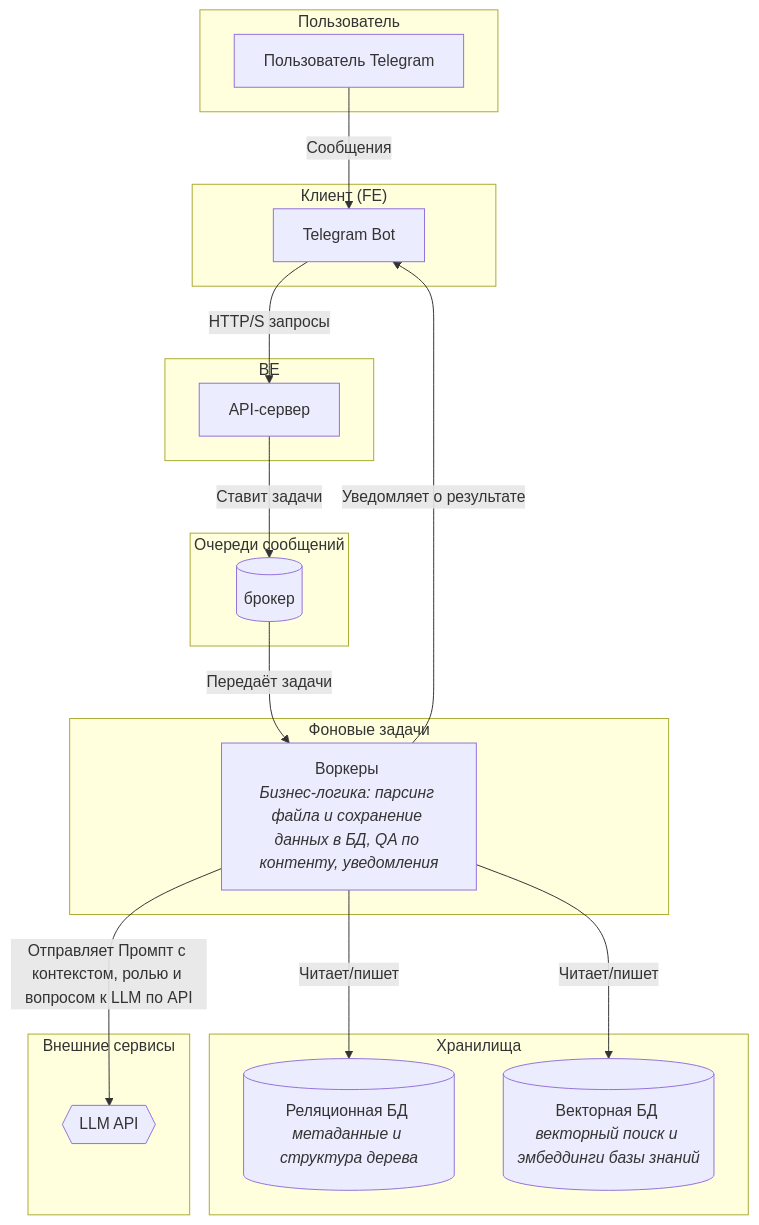
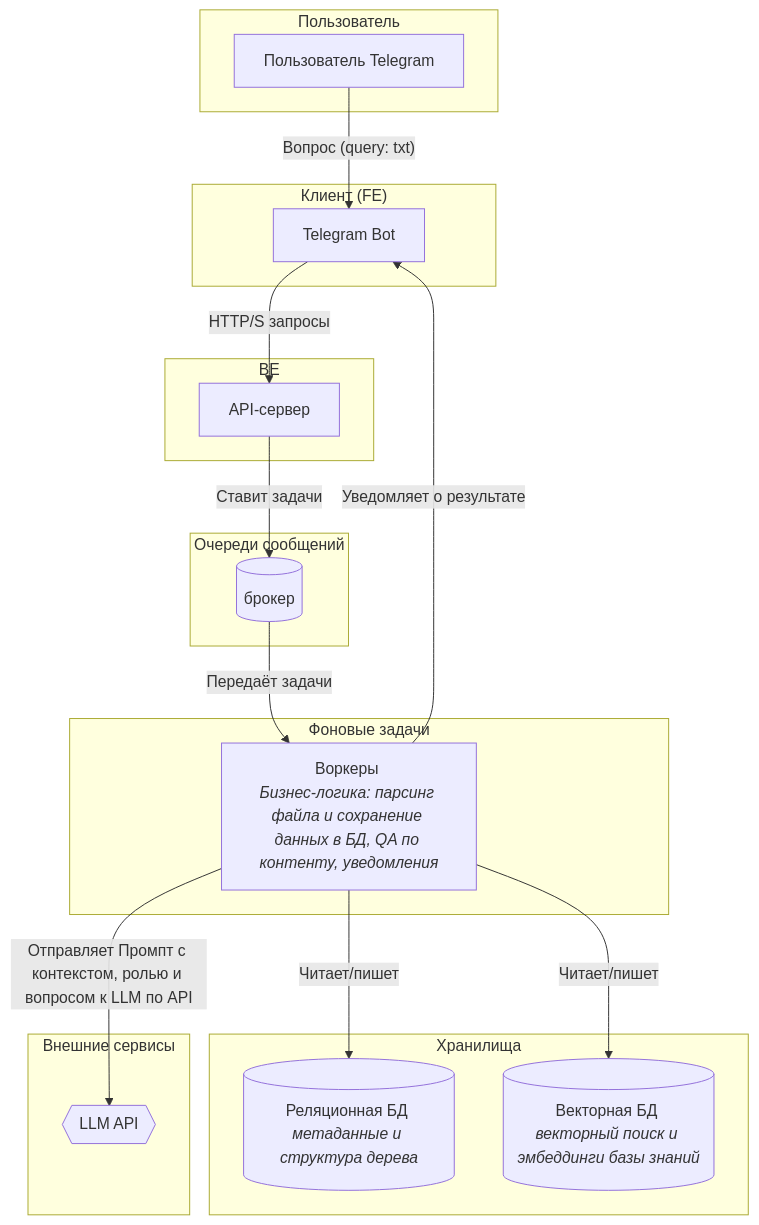
The diagram in Анастасия_Друзьянова/architect.MD (patolog123/Analyst-3.0), drawn with Mermaid before and after one commit.

````diff
--- a/Анастасия_Друзьянова/architect.MD
+++ b/Анастасия_Друзьянова/architect.MD
@@ -1,41 +1,41 @@
 ```mermaid
 graph TD
     subgraph "Пользователь"
         A[Пользователь Telegram]
     end
 
     subgraph "Клиент (FE)"
         B[Telegram Bot]
     end
 
     subgraph "BE"
         C[API-сервер]
     end
 
     subgraph "Очереди сообщений"
         J[(брокер)]
     end
 
     subgraph "Фоновые задачи"
         F[Воркеры <br><i>Бизнес-логика: парсинг файла и сохранение данных в БД, QA по контенту, уведомления</i>]
     end
 
     subgraph "Хранилища"
         G[(Реляционная БД <br><i>метаданные и структура дерева</i>)]
         I[(Векторная БД <br><i>векторный поиск и эмбеддинги базы знаний</i>)]
     end
 
     subgraph "Внешние сервисы"
         H{{LLM API}}
     end
 
     %% Связи между компонентами
-    A -- Сообщения --> B
+    A -- Вопрос (query: txt) --> B
     B -- HTTP/S запросы --> C
     C -- Ставит задачи --> J
     J -- Передаёт задачи --> F
     F -- Отправляет Промпт с контекстом, ролью и вопросом к LLM по API --> H
     F -- Читает/пишет --> G
     F -- Читает/пишет --> I
     F -- Уведомляет о результате --> B
 ```
````
